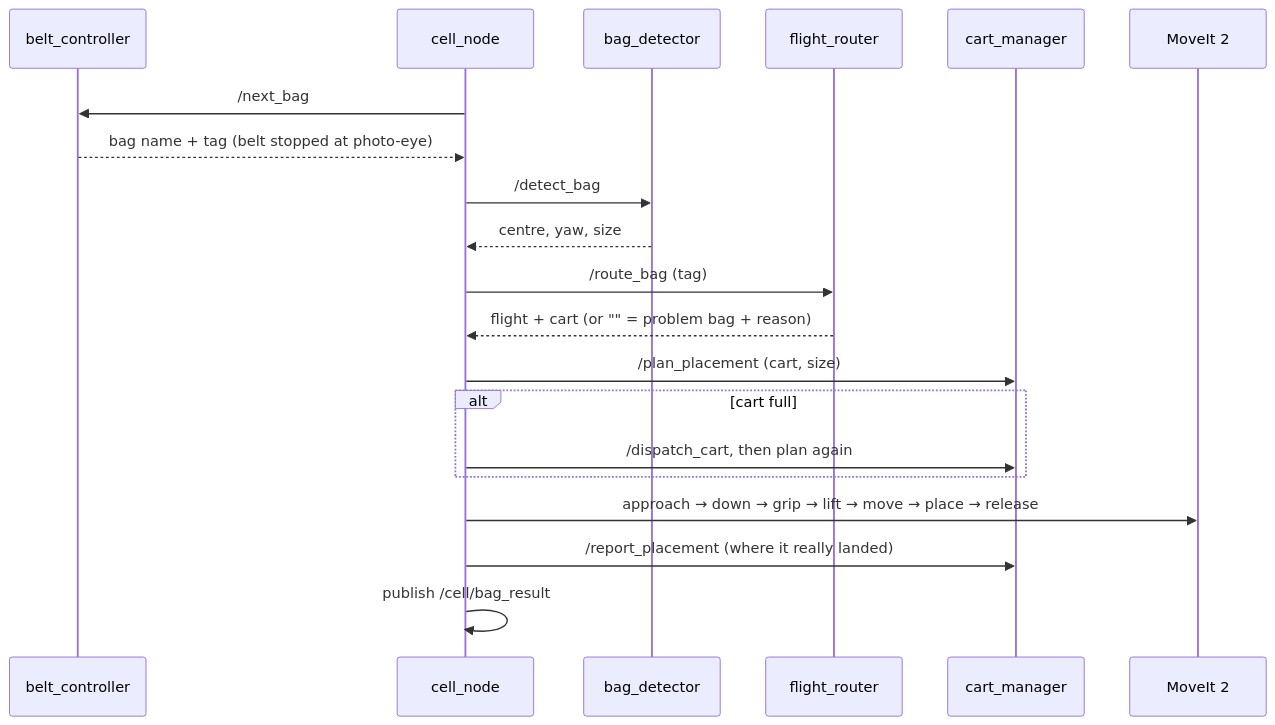
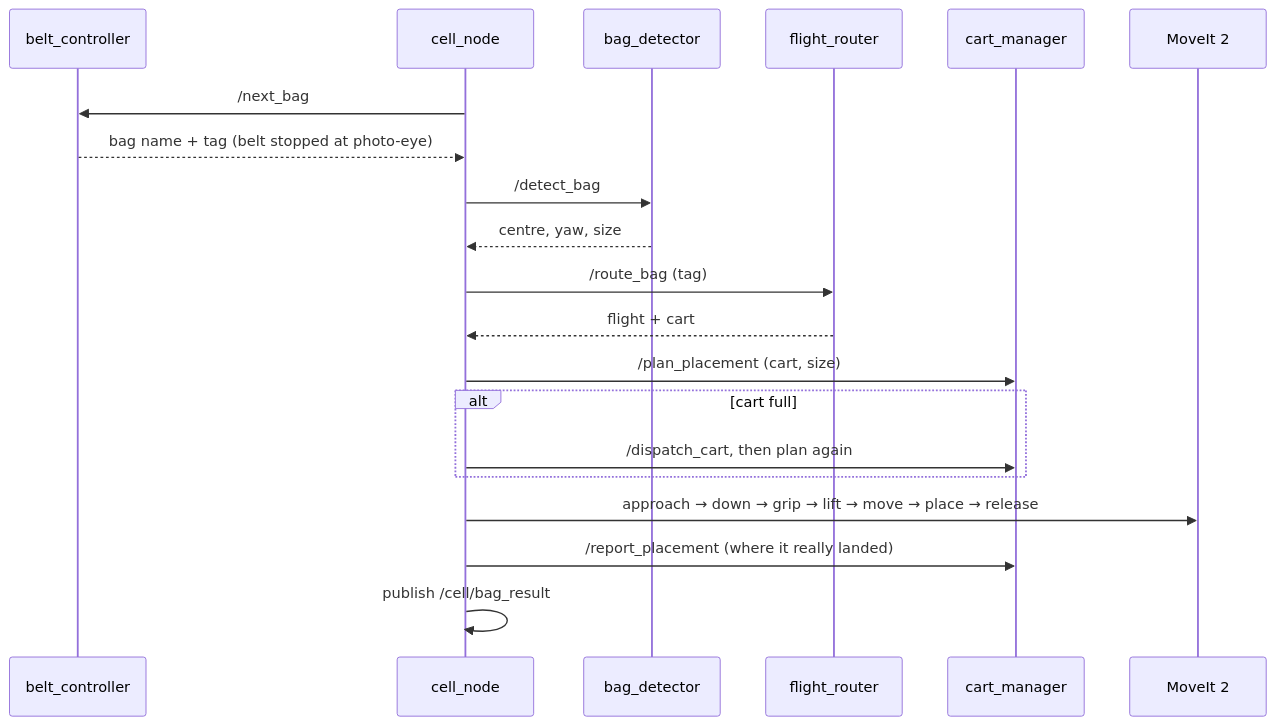
One commit to chaabanejasser01/ros2-baggage-makeup-cell changed the second of 2 diagrams in README.md. Above: the diagram before and after it, drawn with Mermaid. The commit also changed other lines of this file and 16 other files, not shown here.

First line of the commit message:
Every bag goes to its flight's cart: remove no-reads, mis-sorts and problem bags

````diff
--- a/README.md
+++ b/README.md
@@ -141,23 +124,23 @@
 ```mermaid
 sequenceDiagram
     participant B as belt_controller
     participant C as cell_node
     participant D as bag_detector
     participant R as flight_router
     participant K as cart_manager
     participant M as MoveIt 2
 
     C->>B: /next_bag
     B-->>C: bag name + tag (belt stopped at photo-eye)
     C->>D: /detect_bag
     D-->>C: centre, yaw, size
     C->>R: /route_bag (tag)
-    R-->>C: flight + cart (or "" = problem bag + reason)
+    R-->>C: flight + cart
     C->>K: /plan_placement (cart, size)
     alt cart full
         C->>K: /dispatch_cart, then plan again
     end
     C->>M: approach → down → grip → lift → move → place → release
     C->>K: /report_placement (where it really landed)
     C->>C: publish /cell/bag_result
 ```
````
